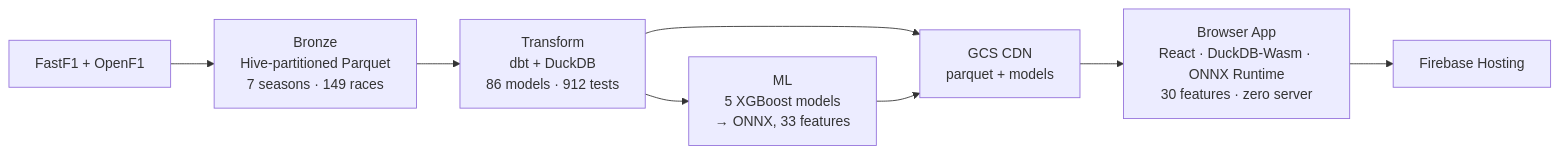
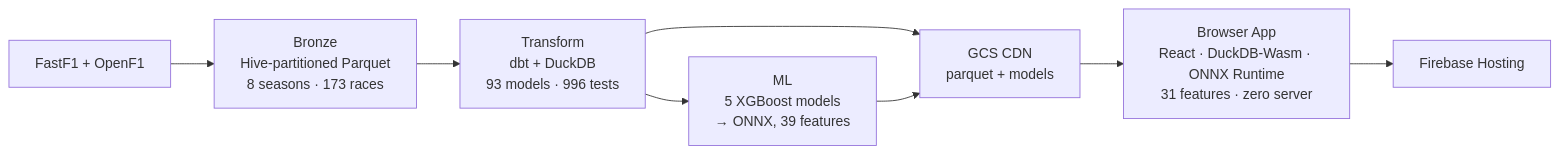
The diagram in README.md (JustinClarke/off-the-pace), drawn with Mermaid before and after one commit. The commit also changed other lines of this file and 224 other files, not shown here.

````diff
--- a/README.md
+++ b/README.md
@@ -60,10 +60,10 @@
 ```mermaid
 flowchart LR
-    A["FastF1 + OpenF1"] --> B["Bronze<br/>Hive-partitioned Parquet<br/>7 seasons · 149 races"]
-    B --> C["Transform<br/>dbt + DuckDB<br/>86 models · 912 tests"]
-    C --> D["ML<br/>5 XGBoost models<br/>→ ONNX, 33 features"]
+    A["FastF1 + OpenF1"] --> B["Bronze<br/>Hive-partitioned Parquet<br/>8 seasons · 173 races"]
+    B --> C["Transform<br/>dbt + DuckDB<br/>93 models · 996 tests"]
+    C --> D["ML<br/>5 XGBoost models<br/>→ ONNX, 39 features"]
     C --> E["GCS CDN<br/>parquet + models"]
     D --> E
-    E --> F["Browser App<br/>React · DuckDB-Wasm · ONNX Runtime<br/>30 features · zero server"]
+    E --> F["Browser App<br/>React · DuckDB-Wasm · ONNX Runtime<br/>31 features · zero server"]
     F --> G["Firebase Hosting"]
 ```
````
